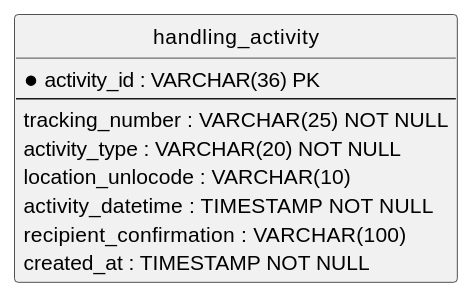
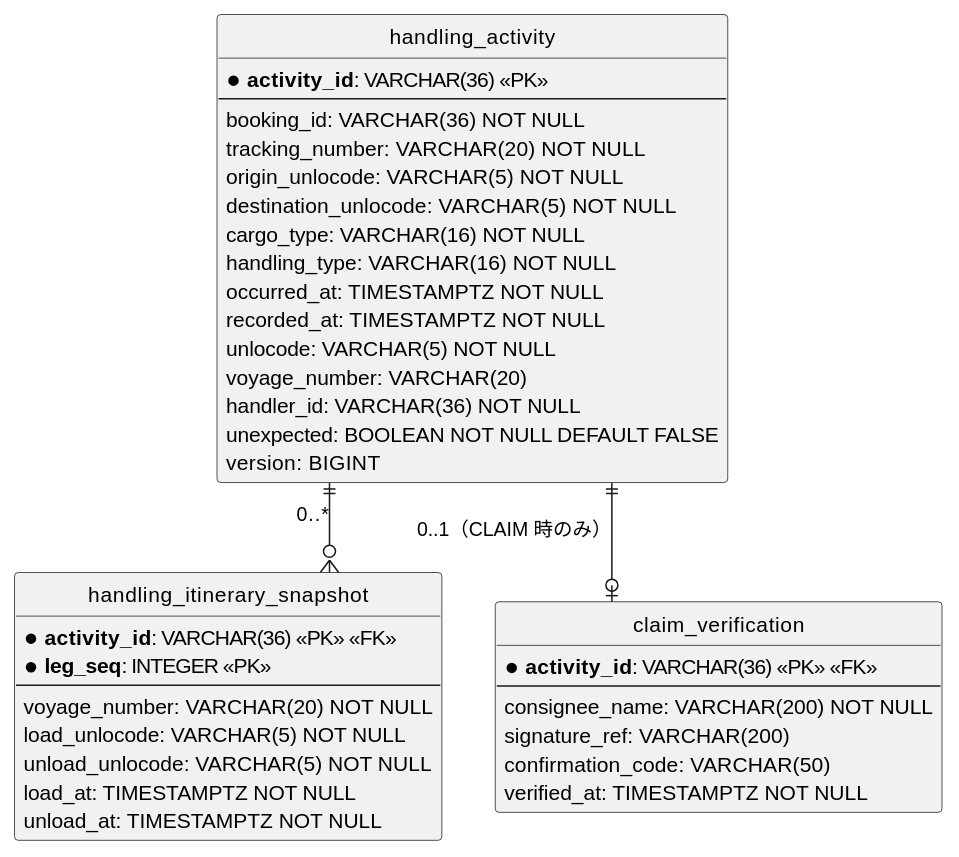
Before and after one commit to k2works/case-study-cargo-tracker: the fourth of 4 diagrams in docs/development/iteration_plan-5.md, drawn with PlantUML. The commit also changed other lines of this file, not shown here.

````diff
--- a/docs/development/iteration_plan-5.md
+++ b/docs/development/iteration_plan-5.md
@@ -282,17 +304,50 @@
 ```plantuml
 @startuml
 hide circle
 skinparam linetype ortho
 
 entity "handling_activity" as ha {
-    *activity_id : VARCHAR(36) PK
-    --
-    tracking_number : VARCHAR(25) NOT NULL
-    activity_type : VARCHAR(20) NOT NULL
-    location_unlocode : VARCHAR(10)
-    activity_datetime : TIMESTAMP NOT NULL
-    recipient_confirmation : VARCHAR(100)
-    created_at : TIMESTAMP NOT NULL
+  * **activity_id**: VARCHAR(36) <<PK>>
+  --
+  ' CargoSnapshot ACL の射影
+  booking_id: VARCHAR(36) NOT NULL
+  tracking_number: VARCHAR(20) NOT NULL
+  origin_unlocode: VARCHAR(5) NOT NULL
+  destination_unlocode: VARCHAR(5) NOT NULL
+  cargo_type: VARCHAR(16) NOT NULL
+  ' 荷役作業本体
+  handling_type: VARCHAR(16) NOT NULL
+  occurred_at: TIMESTAMPTZ NOT NULL
+  recorded_at: TIMESTAMPTZ NOT NULL
+  unlocode: VARCHAR(5) NOT NULL
+  voyage_number: VARCHAR(20)
+  handler_id: VARCHAR(36) NOT NULL
+  ' フラグ
+  unexpected: BOOLEAN NOT NULL DEFAULT FALSE
+  version: BIGINT
 }
+
+entity "handling_itinerary_snapshot" as his {
+  * **activity_id**: VARCHAR(36) <<PK>> <<FK>>
+  * **leg_seq**: INTEGER <<PK>>
+  --
+  voyage_number: VARCHAR(20) NOT NULL
+  load_unlocode: VARCHAR(5) NOT NULL
+  unload_unlocode: VARCHAR(5) NOT NULL
+  load_at: TIMESTAMPTZ NOT NULL
+  unload_at: TIMESTAMPTZ NOT NULL
+}
+
+entity "claim_verification" as cv {
+  * **activity_id**: VARCHAR(36) <<PK>> <<FK>>
+  --
+  consignee_name: VARCHAR(200) NOT NULL
+  signature_ref: VARCHAR(200)
+  confirmation_code: VARCHAR(50)
+  verified_at: TIMESTAMPTZ NOT NULL
+}
+
+ha ||--o{ his : "0..*"
+ha ||--o| cv : "0..1（CLAIM 時のみ）"
 @enduml
 ```
````
